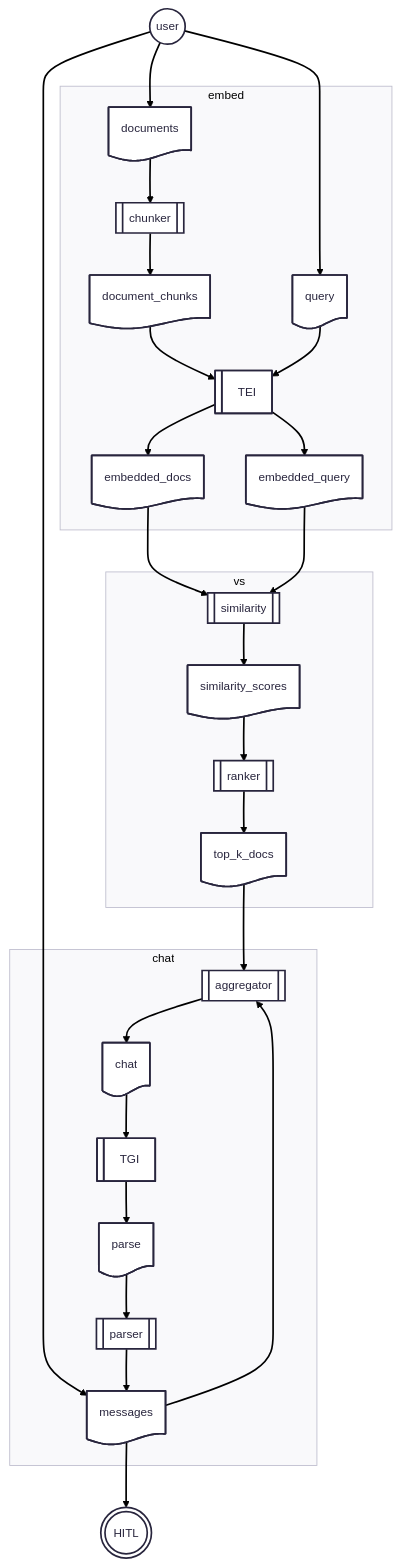
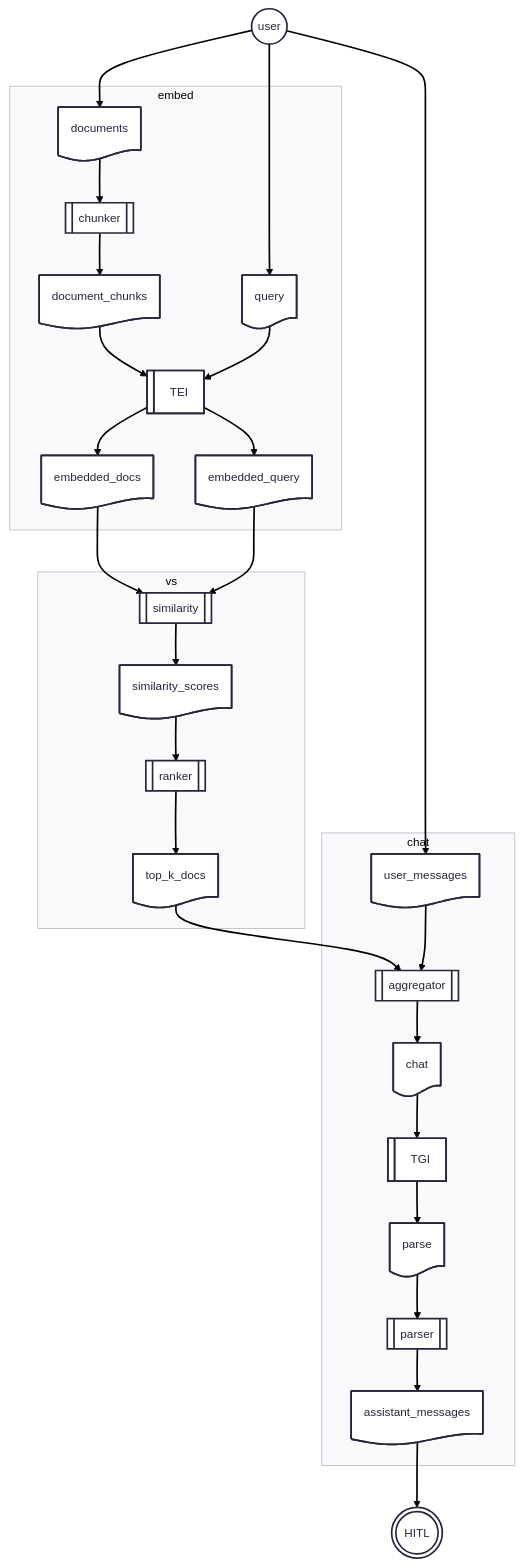
Before and after one commit to biom8er/phymes: the second of 3 diagrams in phymes-book/src/phymes-agents/rag_agent.md, drawn with Mermaid.

Commit message:
wip: updating mermaid plots for docs

````diff
--- a/phymes-book/src/phymes-agents/rag_agent.md
+++ b/phymes-book/src/phymes-agents/rag_agent.md
@@ -25,35 +25,35 @@
 ```mermaid
 ---
 config:
       theme: redux
 ---
 flowchart TD
     user@{ shape: circle, label: user } --> documents@{ shape: doc, label: documents }
     user@{ shape: circle, label: user } --> query@{ shape: doc, label: query }
-    user@{ shape: circle, label: user } --> messages@{ shape: doc, label: messages }
+    user@{ shape: circle, label: user } --> user_messages@{ shape: doc, label: user_messages }
     subgraph embed
         documents@{ shape: doc, label: documents } --> chunker@{ shape: subproc, label: chunker }
         chunker@{ shape: subproc, label: chunker } --> document_chunks@{ shape: doc, label: document_chunks }
         document_chunks@{ shape: doc, label: document_chunks } --> TEI@{ shape: lin-rect, label: TEI }
         TEI@{ shape: lin-rect, label: TEI } --> embedded_docs@{ shape: doc, label: embedded_docs }
         query@{ shape: doc, label: query } --> TEI@{ shape: lin-rect, label: TEI }
         TEI@{ shape: lin-rect, label: TEI } --> embedded_query@{ shape: doc, label: embedded_query }
     end
     subgraph vs
         embedded_docs@{ shape: doc, label: embedded_docs } --> similarity@{ shape: subproc, label: similarity }
         embedded_query@{ shape: doc, label: embedded_query } --> similarity@{ shape: subproc, label: similarity }
         similarity@{ shape: subproc, label: similarity } --> similarity_scores@{ shape: doc, label: similarity_scores }
         similarity_scores@{ shape: doc, label: similarity_scores } --> ranker@{ shape: subproc, label: ranker }
         ranker@{ shape: subproc, label: ranker } --> top_k_docs@{ shape: doc, label: top_k_docs }
     end
     subgraph chat
         top_k_docs@{ shape: doc, label: top_k_docs } --> aggregator@{ shape: subproc, label: aggregator }
-        messages@{ shape: doc, label: messages } --> aggregator@{ shape: subproc, label: aggregator }
+        user_messages@{ shape: doc, label: user_messages } --> aggregator@{ shape: subproc, label: aggregator }
         aggregator@{ shape: subproc, label: aggregator } --> c@{ shape: doc, label: chat }
         c@{ shape: doc, label: chat } --> TGI@{ shape: lin-rect, label: TGI }
         TGI@{ shape: lin-rect, label: TGI } --> parse@{ shape: doc, label: parse }
         parse@{ shape: doc, label: parse } --> parser@{ shape: subproc, label: parser }
-        parser@{ shape: subproc, label: parser } --> messages@{ shape: doc, label: messages }
+        parser@{ shape: subproc, label: parser } --> assistant_messages@{ shape: doc, label: assistant_messages }
     end
-    messages@{ shape: doc, label: messages } --> HITL@{ shape: dbl-circ, label: HITL }
+    assistant_messages@{ shape: doc, label: assistant_messages } --> HITL@{ shape: dbl-circ, label: HITL }
 ```
````
